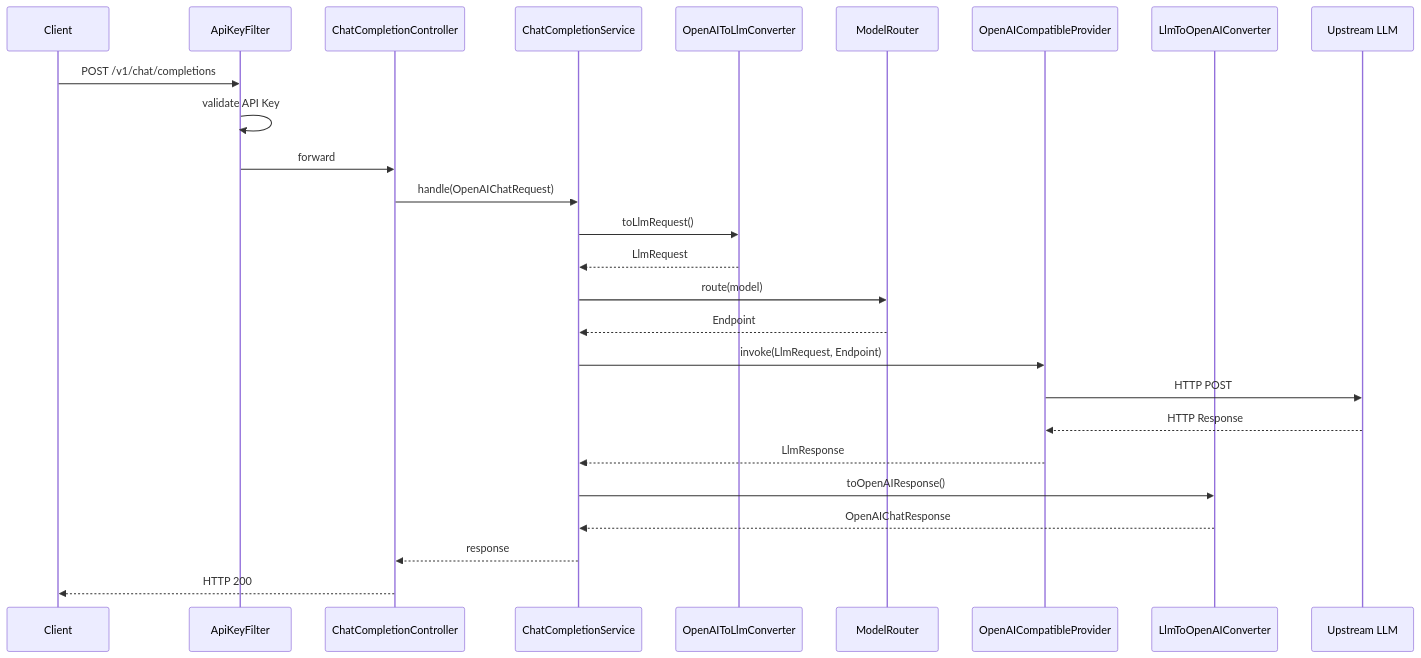
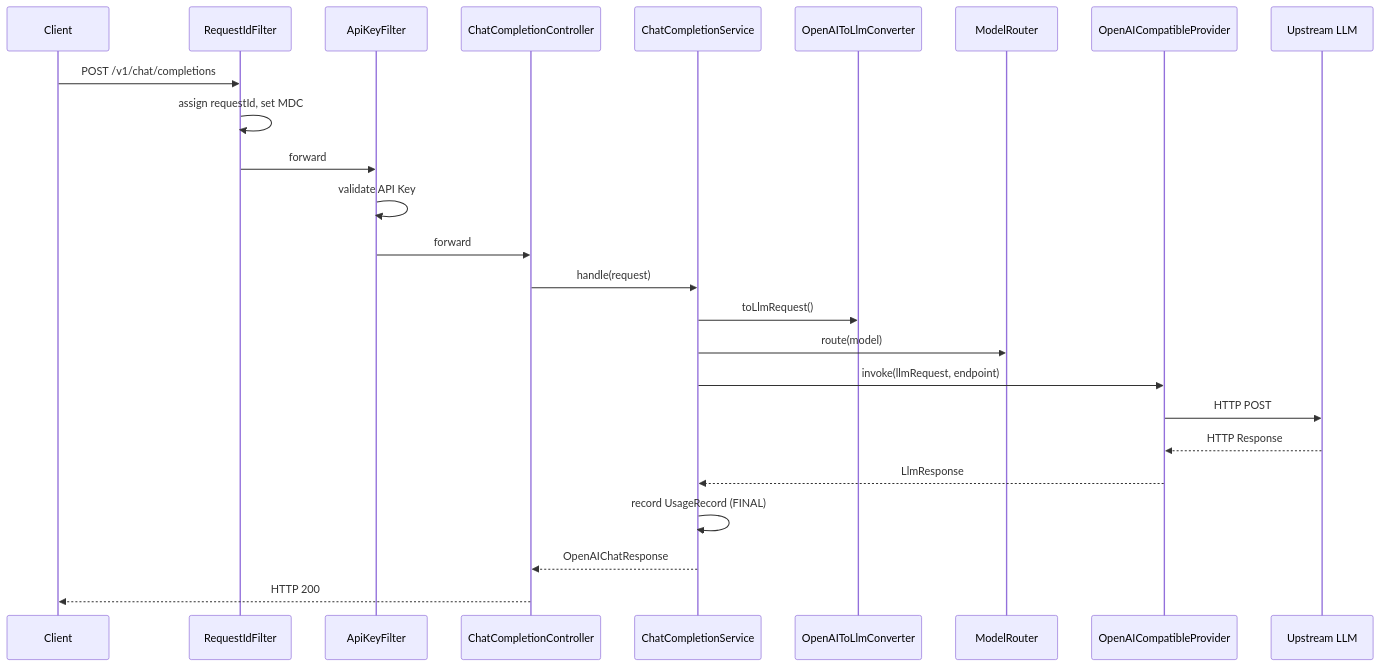
One commit to RezerOfgit/mixinfer changed the second of 3 diagrams in docs/architecture.md. Above: the diagram before and after it, drawn with Mermaid. The commit also changed other lines of this file and 2 other files, not shown here.

First line of the commit message:
docs: update README, architecture, and add streaming design notes

````diff
--- a/docs/architecture.md
+++ b/docs/architecture.md
@@ -38,29 +39,28 @@
 ```mermaid
 sequenceDiagram
     participant C as Client
-    participant F as ApiKeyFilter
+    participant RF as RequestIdFilter
+    participant AF as ApiKeyFilter
     participant Ctrl as ChatCompletionController
     participant Svc as ChatCompletionService
     participant Cv1 as OpenAIToLlmConverter
     participant R as ModelRouter
     participant P as OpenAICompatibleProvider
-    participant Cv2 as LlmToOpenAIConverter
     participant U as Upstream LLM
 
-    C->>F: POST /v1/chat/completions
-    F->>F: validate API Key
-    F->>Ctrl: forward
-    Ctrl->>Svc: handle(OpenAIChatRequest)
+    C->>RF: POST /v1/chat/completions
+    RF->>RF: assign requestId, set MDC
+    RF->>AF: forward
+    AF->>AF: validate API Key
+    AF->>Ctrl: forward
+    Ctrl->>Svc: handle(request)
     Svc->>Cv1: toLlmRequest()
-    Cv1-->>Svc: LlmRequest
     Svc->>R: route(model)
-    R-->>Svc: Endpoint
-    Svc->>P: invoke(LlmRequest, Endpoint)
+    Svc->>P: invoke(llmRequest, endpoint)
     P->>U: HTTP POST
     U-->>P: HTTP Response
     P-->>Svc: LlmResponse
-    Svc->>Cv2: toOpenAIResponse()
-    Cv2-->>Svc: OpenAIChatResponse
-    Svc-->>Ctrl: response
+    Svc->>Svc: record UsageRecord (FINAL)
+    Svc-->>Ctrl: OpenAIChatResponse
     Ctrl-->>C: HTTP 200
 ```
````
